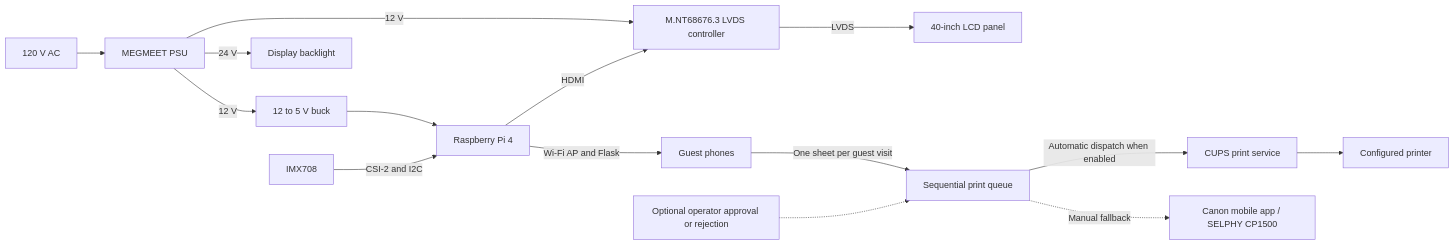
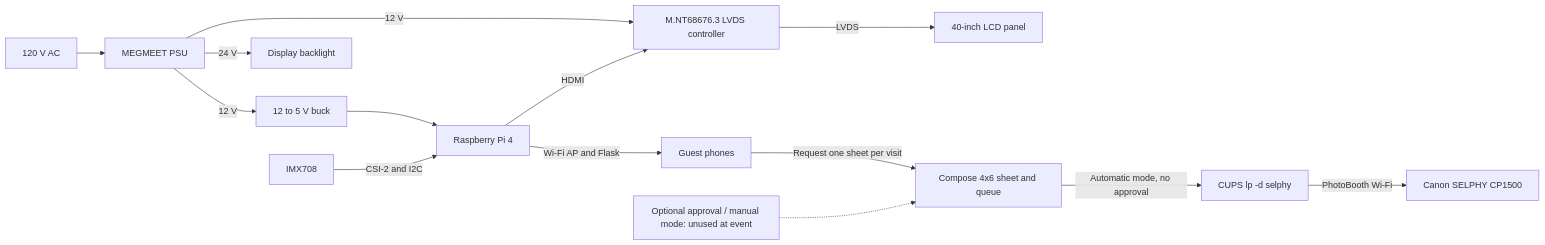
The diagram in README.md (ErubielG/magic-mirror-photo-booth), drawn with Mermaid before and after one commit. The commit also changed other lines of this file, not shown here.

Commit message:
docs: correct booth20 field operation and direct CUPS printing

````diff
--- a/README.md
+++ b/README.md
@@ -44,17 +44,16 @@
 ```mermaid
 flowchart LR
     AC[120 V AC] --> PSU[MEGMEET PSU]
     PSU -->|12 V| LVDS[M.NT68676.3 LVDS controller]
     PSU -->|12 V| BUCK[12 to 5 V buck]
     BUCK --> PI[Raspberry Pi 4]
     PSU -->|24 V| BL[Display backlight]
     PI -->|HDMI| LVDS
     LVDS -->|LVDS| PANEL[40-inch LCD panel]
     CAMERA[IMX708] -->|CSI-2 and I2C| PI
     PI -->|Wi-Fi AP and Flask| PHONES[Guest phones]
-    PHONES -->|One sheet per guest visit| QUEUE[Sequential print queue]
-    QUEUE -->|Automatic dispatch when enabled| CUPS[CUPS print service]
-    CUPS --> PRINTER[Configured printer]
-    ADMIN[Optional operator approval or rejection] -.-> QUEUE
-    QUEUE -.->|Manual fallback| CANON[Canon mobile app / SELPHY CP1500]
+    PHONES -->|Request one sheet per visit| QUEUE[Compose 4x6 sheet and queue]
+    QUEUE -->|Automatic mode, no approval| CUPS[CUPS lp -d selphy]
+    CUPS -->|PhotoBooth Wi-Fi| PRINTER[Canon SELPHY CP1500]
+    ADMIN[Optional approval / manual mode: unused at event] -.-> QUEUE
 ```
````
